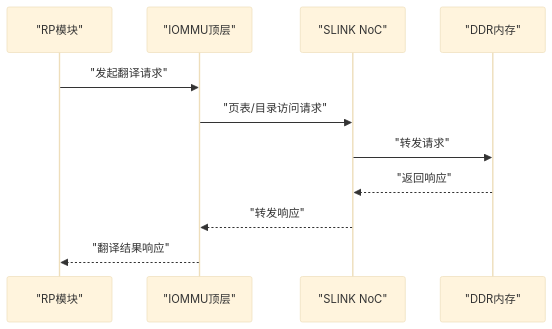
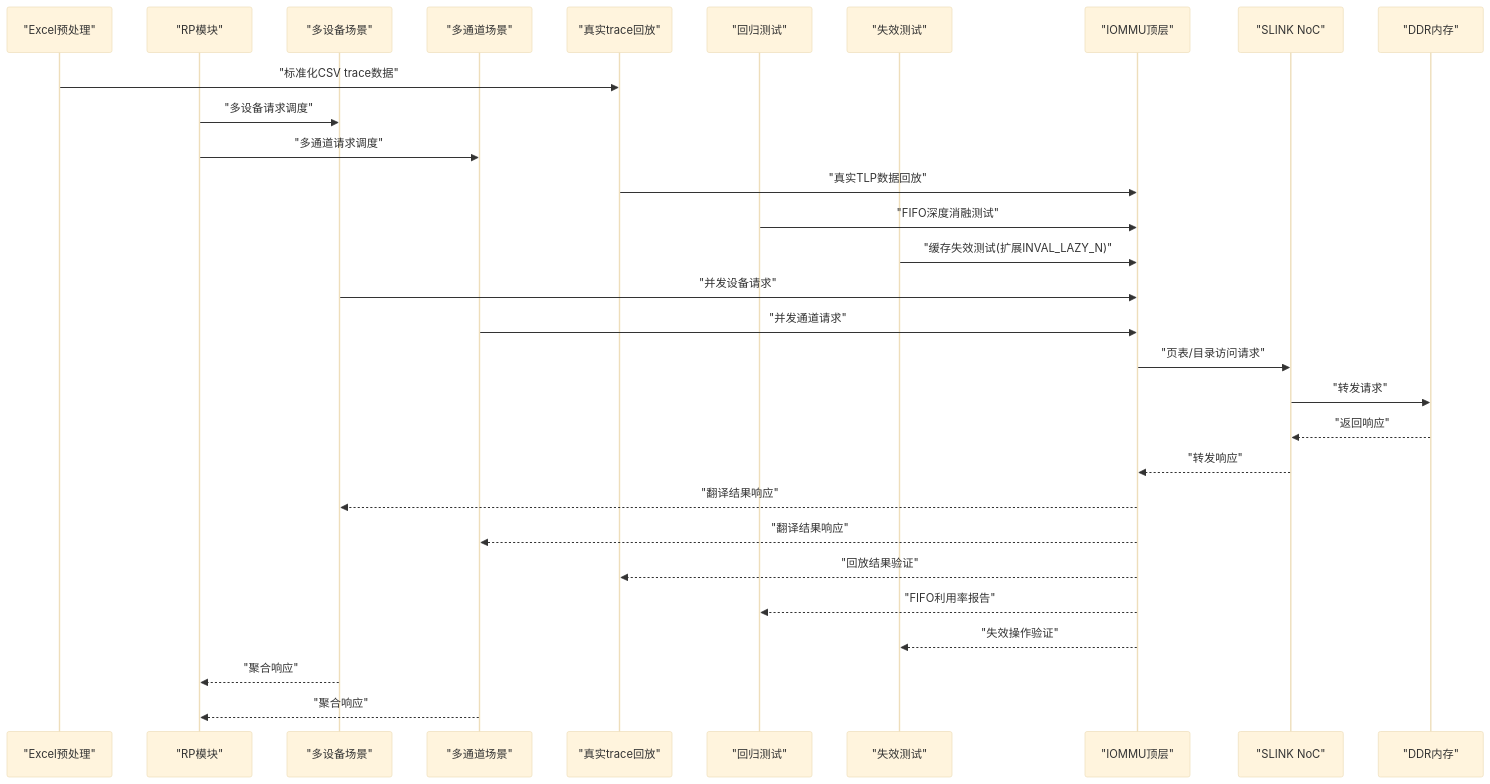
The second of 7 diagrams in .qoder/repowiki/zh/content/测试与验证/测试与验证.md (jiangjiang1122/iommu_model_20260401_v1), drawn with Mermaid (base theme) before and after one commit. The commit also changed other lines of this file and 55 other files, not shown here.

````diff
--- a/.qoder/repowiki/zh/content/测试与验证/测试与验证.md
+++ b/.qoder/repowiki/zh/content/测试与验证/测试与验证.md
@@ -130,13 +201,32 @@
 ```mermaid
 sequenceDiagram
+participant PREP as "Excel预处理"
 participant RP as "RP模块"
+participant MD as "多设备场景"
+participant MC as "多通道场景"
+participant R8 as "真实trace回放"
+participant REG as "回归测试"
+participant INVAL as "失效测试"
 participant IOMMU as "IOMMU顶层"
 participant SLINK as "SLINK NoC"
 participant DDR as "DDR内存"
-RP->>IOMMU : "发起翻译请求"
+PREP->>R8 : "标准化CSV trace数据"
+RP->>MD : "多设备请求调度"
+RP->>MC : "多通道请求调度"
+R8->>IOMMU : "真实TLP数据回放"
+REG->>IOMMU : "FIFO深度消融测试"
+INVAL->>IOMMU : "缓存失效测试(扩展INVAL_LAZY_N)"
+MD->>IOMMU : "并发设备请求"
+MC->>IOMMU : "并发通道请求"
 IOMMU->>SLINK : "页表/目录访问请求"
 SLINK->>DDR : "转发请求"
 DDR-->>SLINK : "返回响应"
 SLINK-->>IOMMU : "转发响应"
-IOMMU-->>RP : "翻译结果响应"
+IOMMU-->>MD : "翻译结果响应"
+IOMMU-->>MC : "翻译结果响应"
+IOMMU-->>R8 : "回放结果验证"
+IOMMU-->>REG : "FIFO利用率报告"
+IOMMU-->>INVAL : "失效操作验证"
+MD-->>RP : "聚合响应"
+MC-->>RP : "聚合响应"
 ```
````
